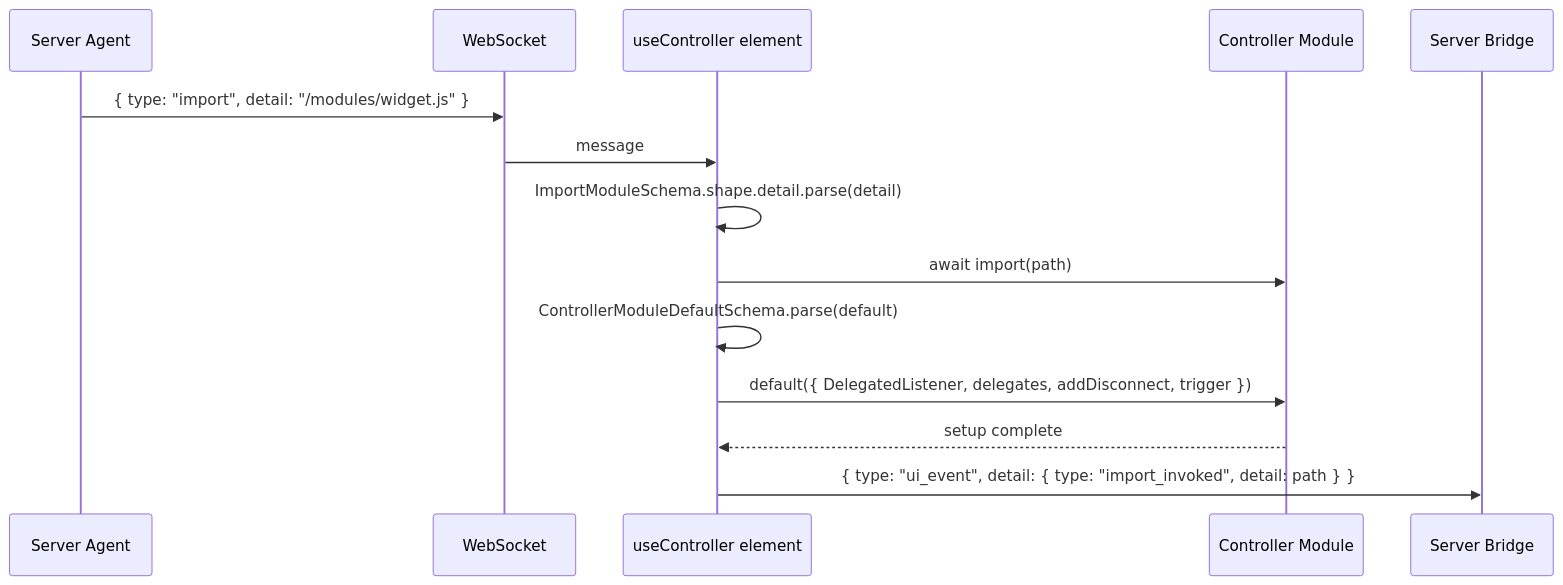
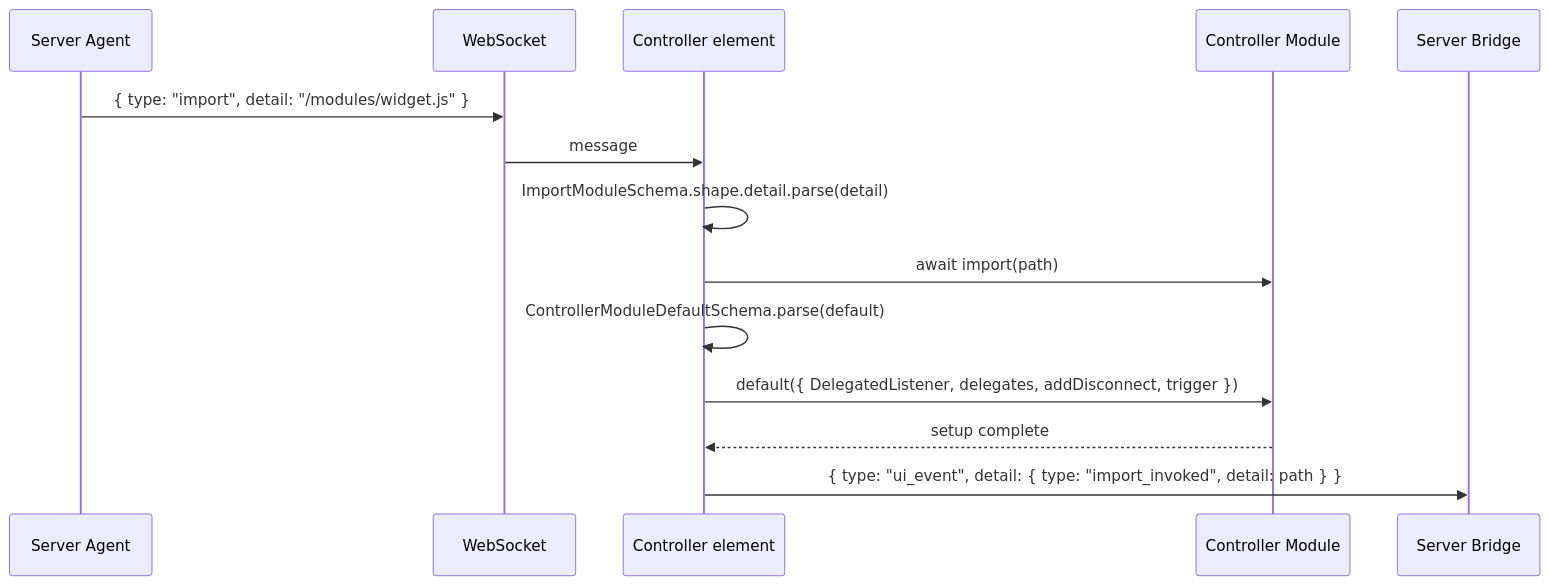
Before and after one commit to plaited/plaited: the diagram in skills/plaited-ui/references/controller-modules.md, drawn with Mermaid. The commit also changed other lines of this file and 56 other files, not shown here.

````diff
--- a/skills/plaited-ui/references/controller-modules.md
+++ b/skills/plaited-ui/references/controller-modules.md
@@ -20,17 +20,17 @@
 ```mermaid
 sequenceDiagram
     participant Agent as Server Agent
     participant WS as WebSocket
-    participant Controller as useController element
+    participant Controller as Controller element
     participant Module as Controller Module
     participant Server as Server Bridge
 
     Agent->>WS: { type: "import", detail: "/modules/widget.js" }
     WS->>Controller: message
     Controller->>Controller: ImportModuleSchema.shape.detail.parse(detail)
     Controller->>Module: await import(path)
     Controller->>Controller: ControllerModuleDefaultSchema.parse(default)
     Controller->>Module: default({ DelegatedListener, delegates, addDisconnect, trigger })
     Module-->>Controller: setup complete
     Controller->>Server: { type: "ui_event", detail: { type: "import_invoked", detail: path } }
 ```
````
